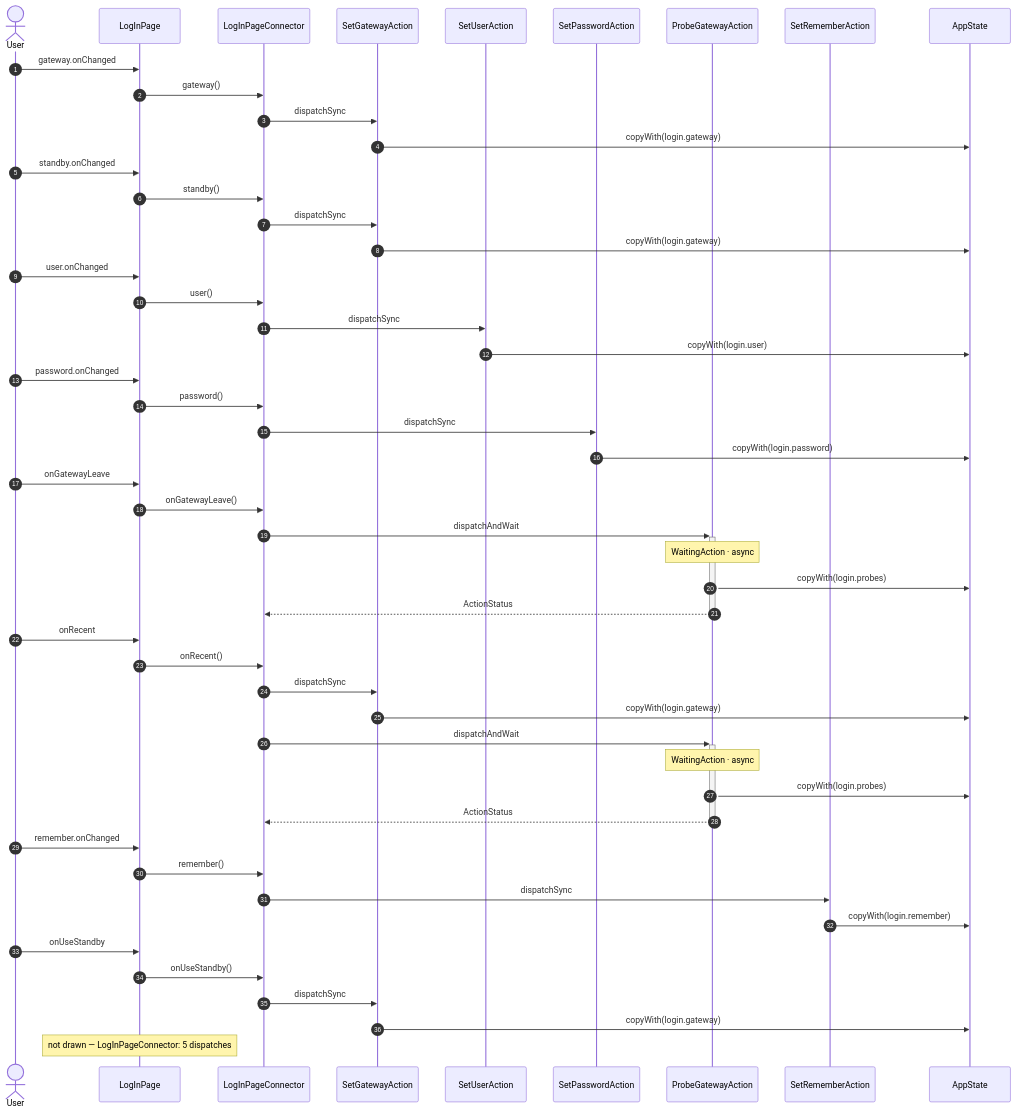
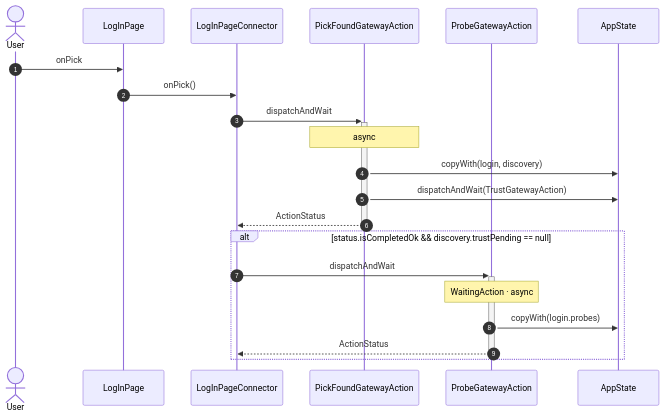
One commit to gencto/wyrm changed diagram 12 of 15 in studio/docs/flows/logIn.md. Above: the diagram before and after it, drawn with Mermaid. The commit also changed other lines of this file and 70 other files, not shown here.

````diff
--- a/studio/docs/flows/logIn.md
+++ b/studio/docs/flows/logIn.md
@@ -7,61 +215,24 @@
 ```mermaid
 sequenceDiagram
     autonumber
     actor User
     participant UI as LogInPage
     participant VM as LogInPageConnector
-    participant A1 as SetGatewayAction
-    participant A2 as SetUserAction
-    participant A3 as SetPasswordAction
-    participant A4 as ProbeGatewayAction
-    participant A5 as SetRememberAction
+    participant A1 as PickFoundGatewayAction
+    participant A2 as ProbeGatewayAction
     participant ST as AppState
 
-    User->>UI: gateway.onChanged
-    UI->>VM: gateway()
-    VM->>A1: dispatchSync
-    A1->>ST: copyWith(login.gateway)
-
-    User->>UI: standby.onChanged
-    UI->>VM: standby()
-    VM->>A1: dispatchSync
-    A1->>ST: copyWith(login.gateway)
-
-    User->>UI: user.onChanged
-    UI->>VM: user()
-    VM->>A2: dispatchSync
-    A2->>ST: copyWith(login.user)
-
-    User->>UI: password.onChanged
-    UI->>VM: password()
-    VM->>A3: dispatchSync
-    A3->>ST: copyWith(login.password)
-
-    User->>UI: onGatewayLeave
-    UI->>VM: onGatewayLeave()
-    VM->>+A4: dispatchAndWait
-    Note over A4: WaitingAction · async
-    A4->>ST: copyWith(login.probes)
-    A4-->>-VM: ActionStatus
-
-    User->>UI: onRecent
-    UI->>VM: onRecent()
-    VM->>A1: dispatchSync
-    A1->>ST: copyWith(login.gateway)
-    VM->>+A4: dispatchAndWait
-    Note over A4: WaitingAction · async
-    A4->>ST: copyWith(login.probes)
-    A4-->>-VM: ActionStatus
-
-    User->>UI: remember.onChanged
-    UI->>VM: remember()
-    VM->>A5: dispatchSync
-    A5->>ST: copyWith(login.remember)
-
-    User->>UI: onUseStandby
-    UI->>VM: onUseStandby()
-    VM->>A1: dispatchSync
-    A1->>ST: copyWith(login.gateway)
-
-    Note over UI: not drawn — LogInPageConnector: 5 dispatches
+    User->>UI: onPick
+    UI->>VM: onPick()
+    VM->>+A1: dispatchAndWait
+    Note over A1: async
+    A1->>ST: copyWith(login, discovery)
+    A1->>ST: dispatchAndWait(TrustGatewayAction)
+    A1-->>-VM: ActionStatus
+    alt status.isCompletedOk && discovery.trustPending == null
+        VM->>+A2: dispatchAndWait
+        Note over A2: WaitingAction · async
+        A2->>ST: copyWith(login.probes)
+        A2-->>-VM: ActionStatus
+    end
 ```
````
